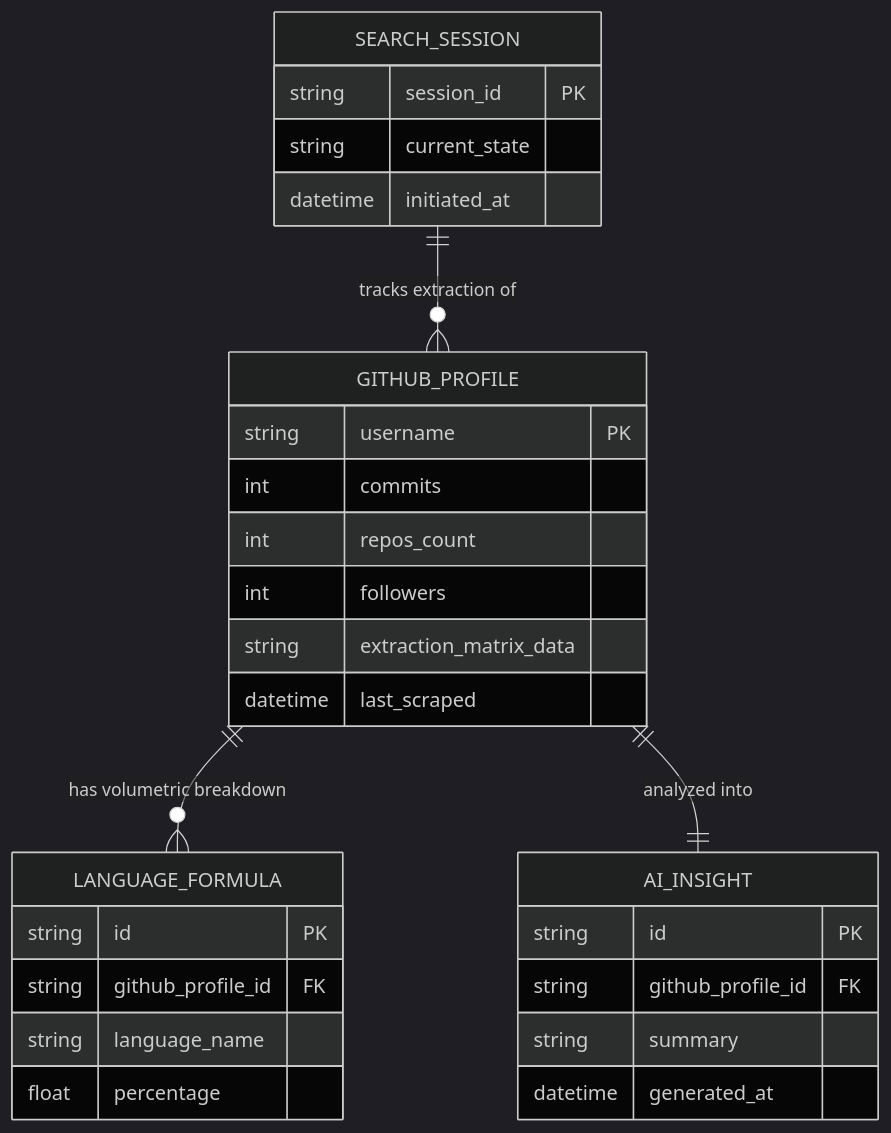
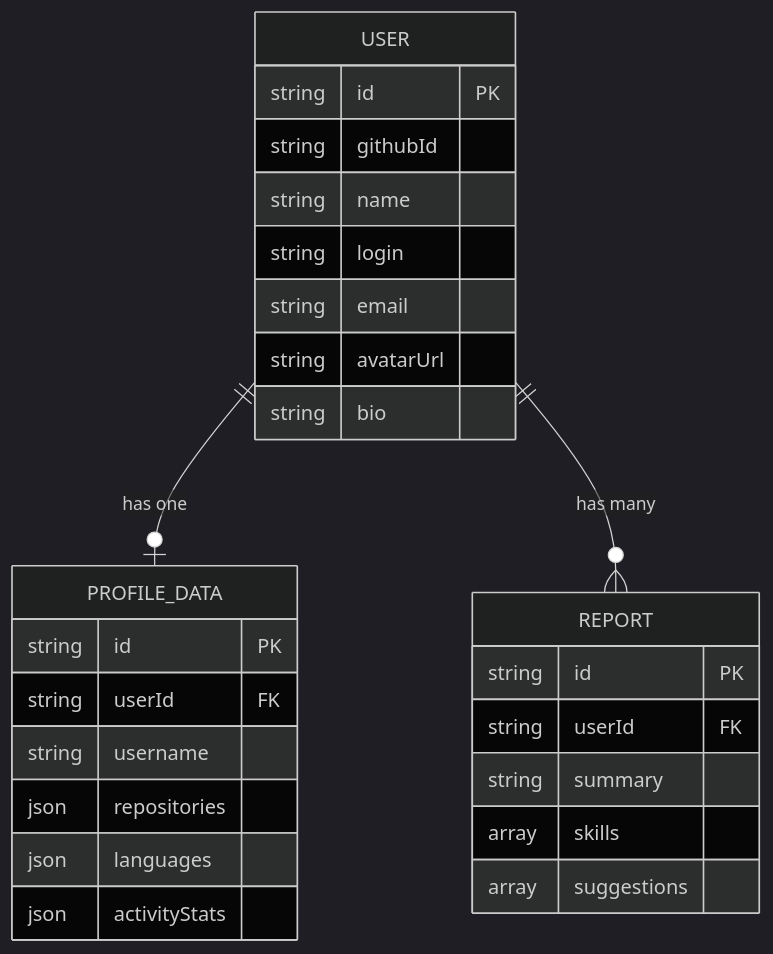
The diagram in ErDiagram.md (bhavish-codes/sesd-project-sem4), drawn with Mermaid (dark theme) before and after one commit. The commit also changed 9 other files, not shown here.

````diff
--- a/ErDiagram.md
+++ b/ErDiagram.md
@@ -1,35 +1,32 @@
 ```mermaid
 erDiagram
-    SEARCH_SESSION {
-        string session_id PK
-        string current_state
-        datetime initiated_at
+    USER {
+        string id PK
+        string githubId
+        string name
+        string login
+        string email
+        string avatarUrl
+        string bio
     }
 
-    GITHUB_PROFILE {
-        string username PK
-        int commits
-        int repos_count
-        int followers
-        string extraction_matrix_data
-        datetime last_scraped
+    PROFILE_DATA {
+        string id PK
+        string userId FK
+        string username
+        json repositories
+        json languages
+        json activityStats
     }
 
-    LANGUAGE_FORMULA {
+    REPORT {
         string id PK
-        string github_profile_id FK
-        string language_name
-        float percentage
+        string userId FK
+        string summary
+        array skills
+        array suggestions
     }
 
-    AI_INSIGHT {
-        string id PK
-        string github_profile_id FK
-        string summary
-        datetime generated_at
-    }
-
-    SEARCH_SESSION ||--o{ GITHUB_PROFILE : "tracks extraction of"
-    GITHUB_PROFILE ||--o{ LANGUAGE_FORMULA : "has volumetric breakdown"
-    GITHUB_PROFILE ||--|| AI_INSIGHT : "analyzed into"
+    USER ||--o| PROFILE_DATA : "has one"
+    USER ||--o{ REPORT : "has many"
 ```
````
